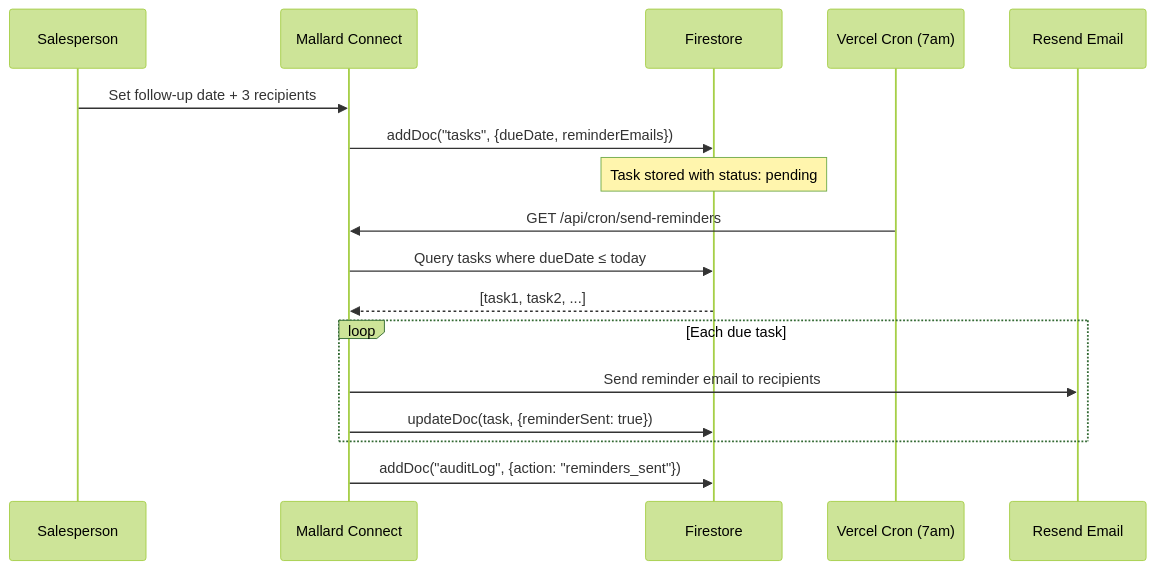
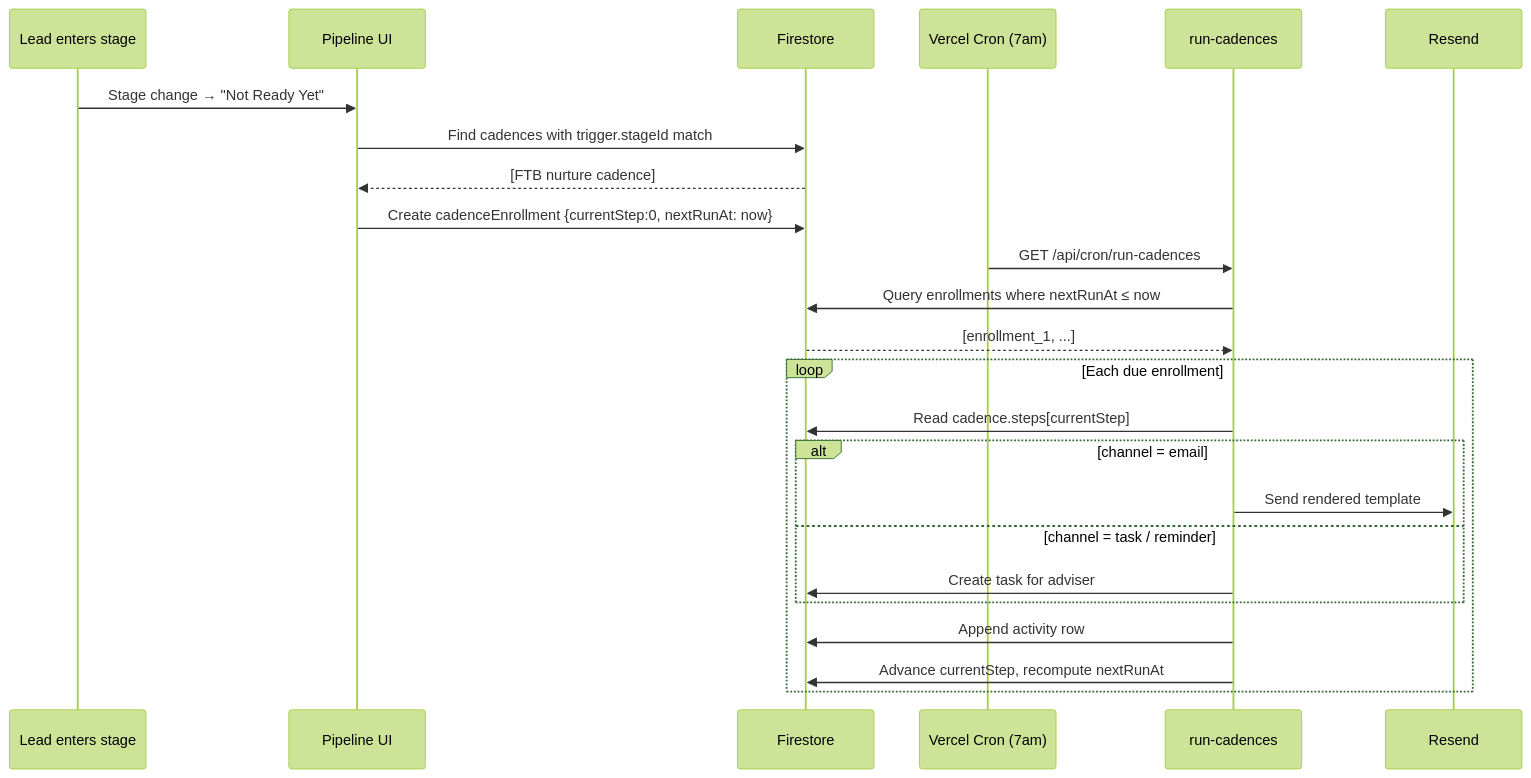
Before and after one commit to vinay-lgtm-code/mallard_connect: the second of 3 diagrams in README.md, drawn with Mermaid (forest theme). The commit also changed other lines of this file and 106 other files, not shown here.

Commit message:
Rebrand to Sequence: multi-tenant + nurture engine + demo sandbox

````diff
--- a/README.md
+++ b/README.md
@@ -307,21 +140,28 @@
 ```mermaid
 sequenceDiagram
-    participant S as Salesperson
-    participant App as Mallard Connect
+    participant Lead as Lead enters stage
+    participant Pipeline as Pipeline UI
     participant FS as Firestore
     participant Cron as Vercel Cron (7am)
-    participant Resend as Resend Email
+    participant Run as run-cadences
+    participant Resend as Resend
 
-    S->>App: Set follow-up date + 3 recipients
-    App->>FS: addDoc("tasks", {dueDate, reminderEmails})
-    Note over FS: Task stored with status: pending
+    Lead->>Pipeline: Stage change → "Not Ready Yet"
+    Pipeline->>FS: Find cadences with trigger.stageId match
+    FS-->>Pipeline: [FTB nurture cadence]
+    Pipeline->>FS: Create cadenceEnrollment {currentStep:0, nextRunAt: now}
 
-    Cron->>App: GET /api/cron/send-reminders
-    App->>FS: Query tasks where dueDate ≤ today
-    FS-->>App: [task1, task2, ...]
-    loop Each due task
-        App->>Resend: Send reminder email to recipients
-        App->>FS: updateDoc(task, {reminderSent: true})
+    Cron->>Run: GET /api/cron/run-cadences
+    Run->>FS: Query enrollments where nextRunAt ≤ now
+    FS-->>Run: [enrollment_1, ...]
+    loop Each due enrollment
+        Run->>FS: Read cadence.steps[currentStep]
+        alt channel = email
+            Run->>Resend: Send rendered template
+        else channel = task / reminder
+            Run->>FS: Create task for adviser
+        end
+        Run->>FS: Append activity row
+        Run->>FS: Advance currentStep, recompute nextRunAt
     end
-    App->>FS: addDoc("auditLog", {action: "reminders_sent"})
 ```
````
